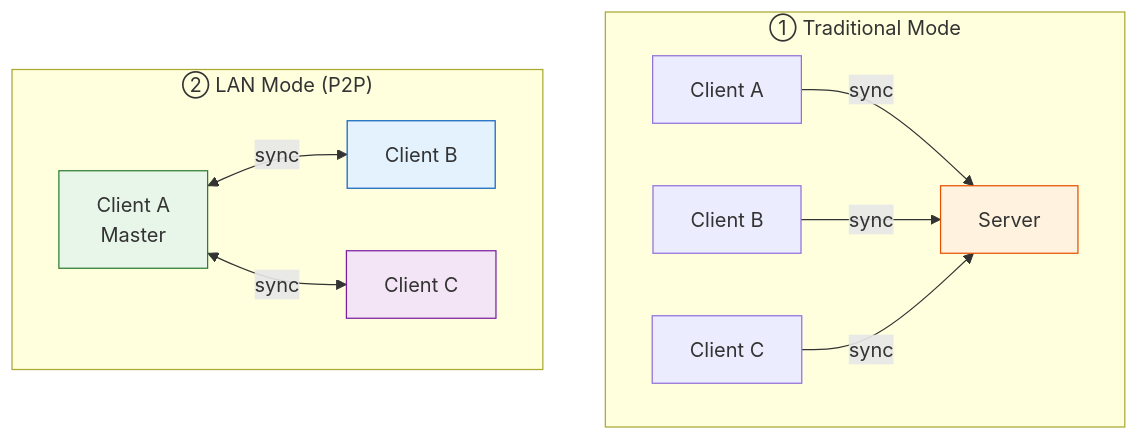
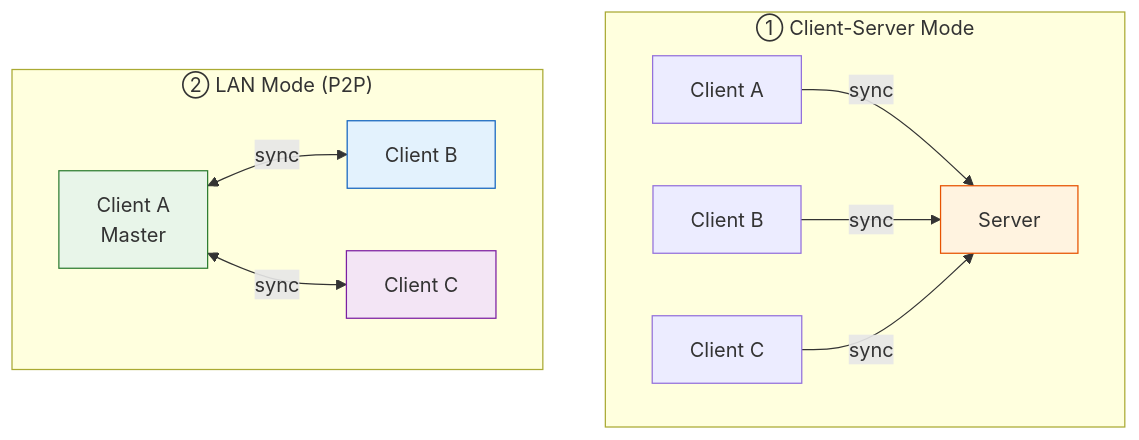
Before and after one commit to albertsdk/hsync-client: the diagram in docs/lan-mode.md, drawn with Mermaid. The commit also changed other lines of this file and 20 other files, not shown here.

````diff
--- a/docs/lan-mode.md
+++ b/docs/lan-mode.md
@@ -17,18 +17,18 @@
 ```mermaid
 flowchart TB
-    subgraph "① Traditional Mode"
+    subgraph "① Client-Server Mode"
         C1A[Client A] -->|"sync"| S[Server]
         C1B[Client B] -->|"sync"| S
         C1C[Client C] -->|"sync"| S
     end
 
     subgraph "② LAN Mode (P2P)"
         C2A[Client A<br/>Master] <-->|"sync"| C2B[Client B]
         C2A <-->|"sync"| C2C[Client C]
     end
 
     style S fill:#fff3e0,stroke:#e65100
     style C2A fill:#e8f5e9,stroke:#2e7d32
     style C2B fill:#e3f2fd,stroke:#1565c0
     style C2C fill:#f3e5f5,stroke:#7b1fa2
 ```
````
